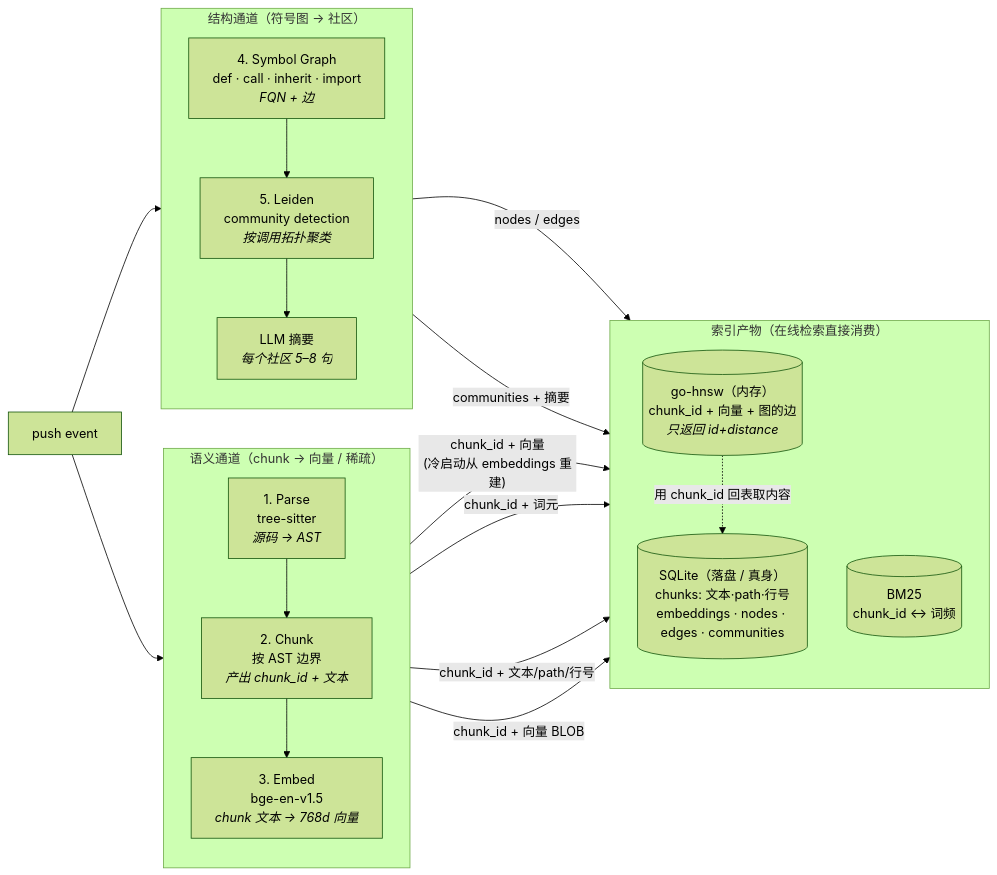
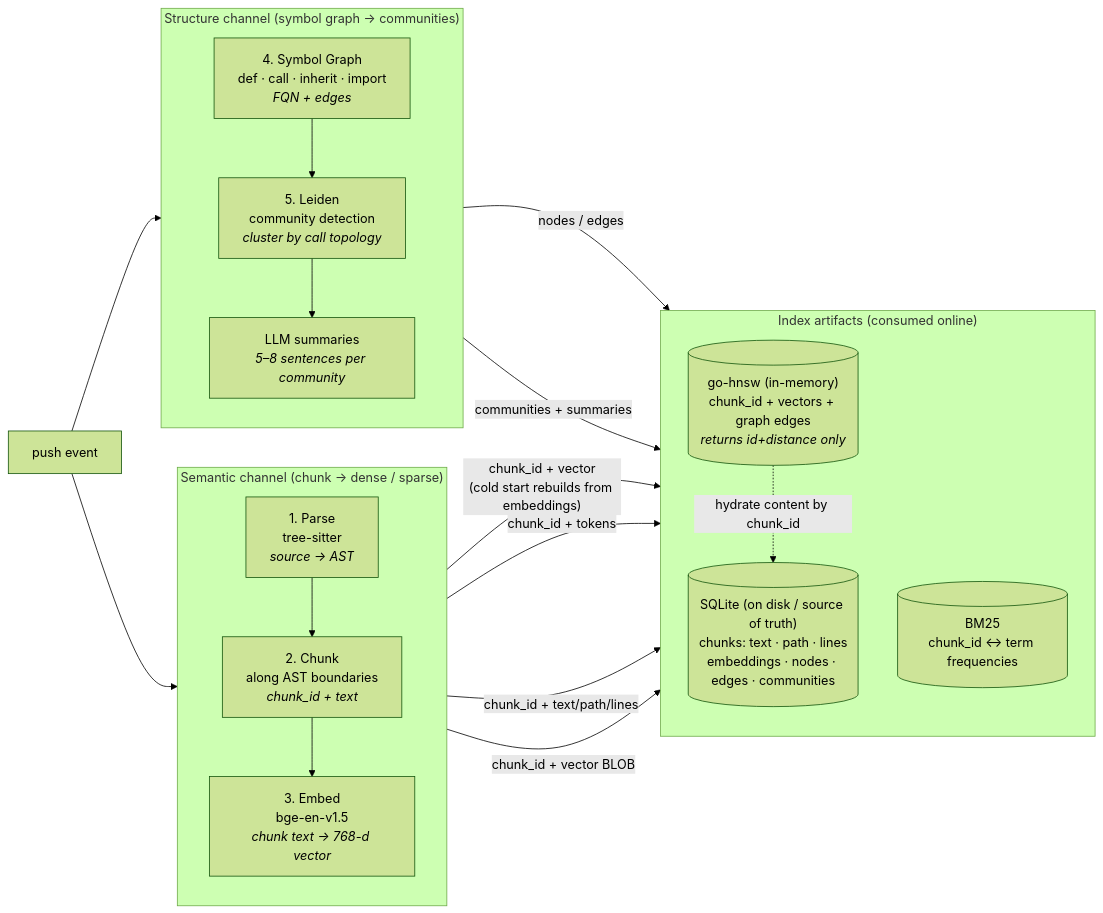
One commit to AndyUneducated/repo-sage changed the third of 11 diagrams in README.md. Above: the diagram before and after it, drawn with Mermaid (forest theme). The commit also changed other lines of this file and 14 other files, not shown here.

````diff
--- a/README.md
+++ b/README.md
@@ -91,36 +91,36 @@
 ```mermaid
 flowchart LR
   Push["push event"]
 
-  subgraph L1["语义通道（chunk → 向量 / 稀疏）"]
+  subgraph L1["Semantic channel (chunk → dense / sparse)"]
     direction TB
-    Parse["1. Parse<br/>tree-sitter<br/><i>源码 → AST</i>"] --> Chunk["2. Chunk<br/>按 AST 边界<br/><i>产出 chunk_id + 文本</i>"]
-    Chunk --> Embed["3. Embed<br/>bge-en-v1.5<br/><i>chunk 文本 → 768d 向量</i>"]
+    Parse["1. Parse<br/>tree-sitter<br/><i>source → AST</i>"] --> Chunk["2. Chunk<br/>along AST boundaries<br/><i>chunk_id + text</i>"]
+    Chunk --> Embed["3. Embed<br/>bge-en-v1.5<br/><i>chunk text → 768-d vector</i>"]
   end
 
-  subgraph L2["结构通道（符号图 → 社区）"]
+  subgraph L2["Structure channel (symbol graph → communities)"]
     direction TB
-    Sym["4. Symbol Graph<br/>def · call · inherit · import<br/><i>FQN + 边</i>"]
-    Sym --> Leiden["5. Leiden<br/>community detection<br/><i>按调用拓扑聚类</i>"]
-    Leiden --> Sum["LLM 摘要<br/><i>每个社区 5–8 句</i>"]
+    Sym["4. Symbol Graph<br/>def · call · inherit · import<br/><i>FQN + edges</i>"]
+    Sym --> Leiden["5. Leiden<br/>community detection<br/><i>cluster by call topology</i>"]
+    Leiden --> Sum["LLM summaries<br/><i>5–8 sentences per community</i>"]
   end
 
-  subgraph L3["索引产物（在线检索直接消费）"]
+  subgraph L3["Index artifacts (consumed online)"]
     direction TB
-    HN[("go-hnsw（内存）<br/>chunk_id + 向量 + 图的边<br/><i>只返回 id+distance</i>")]
-    BM[("BM25<br/>chunk_id ↔ 词频")]
-    DB[("SQLite（落盘 / 真身）<br/>chunks: 文本·path·行号<br/>embeddings · nodes · edges · communities")]
+    HN[("go-hnsw (in-memory)<br/>chunk_id + vectors + graph edges<br/><i>returns id+distance only</i>")]
+    BM[("BM25<br/>chunk_id ↔ term frequencies")]
+    DB[("SQLite (on disk / source of truth)<br/>chunks: text · path · lines<br/>embeddings · nodes · edges · communities")]
   end
 
   Push --> Parse
   Push --> Sym
 
-  Embed -->|"chunk_id + 向量<br/>(冷启动从 embeddings 重建)"| HN
-  Chunk -->|"chunk_id + 词元"| BM
-  Chunk -->|"chunk_id + 文本/path/行号"| DB
-  Embed -->|"chunk_id + 向量 BLOB"| DB
+  Embed -->|"chunk_id + vector<br/>(cold start rebuilds from embeddings)"| HN
+  Chunk -->|"chunk_id + tokens"| BM
+  Chunk -->|"chunk_id + text/path/lines"| DB
+  Embed -->|"chunk_id + vector BLOB"| DB
   Sym -->|"nodes / edges"| DB
-  Sum -->|"communities + 摘要"| DB
+  Sum -->|"communities + summaries"| DB
 
-  HN -. "用 chunk_id 回表取内容" .-> DB
+  HN -. "hydrate content by chunk_id" .-> DB
 ```
````
